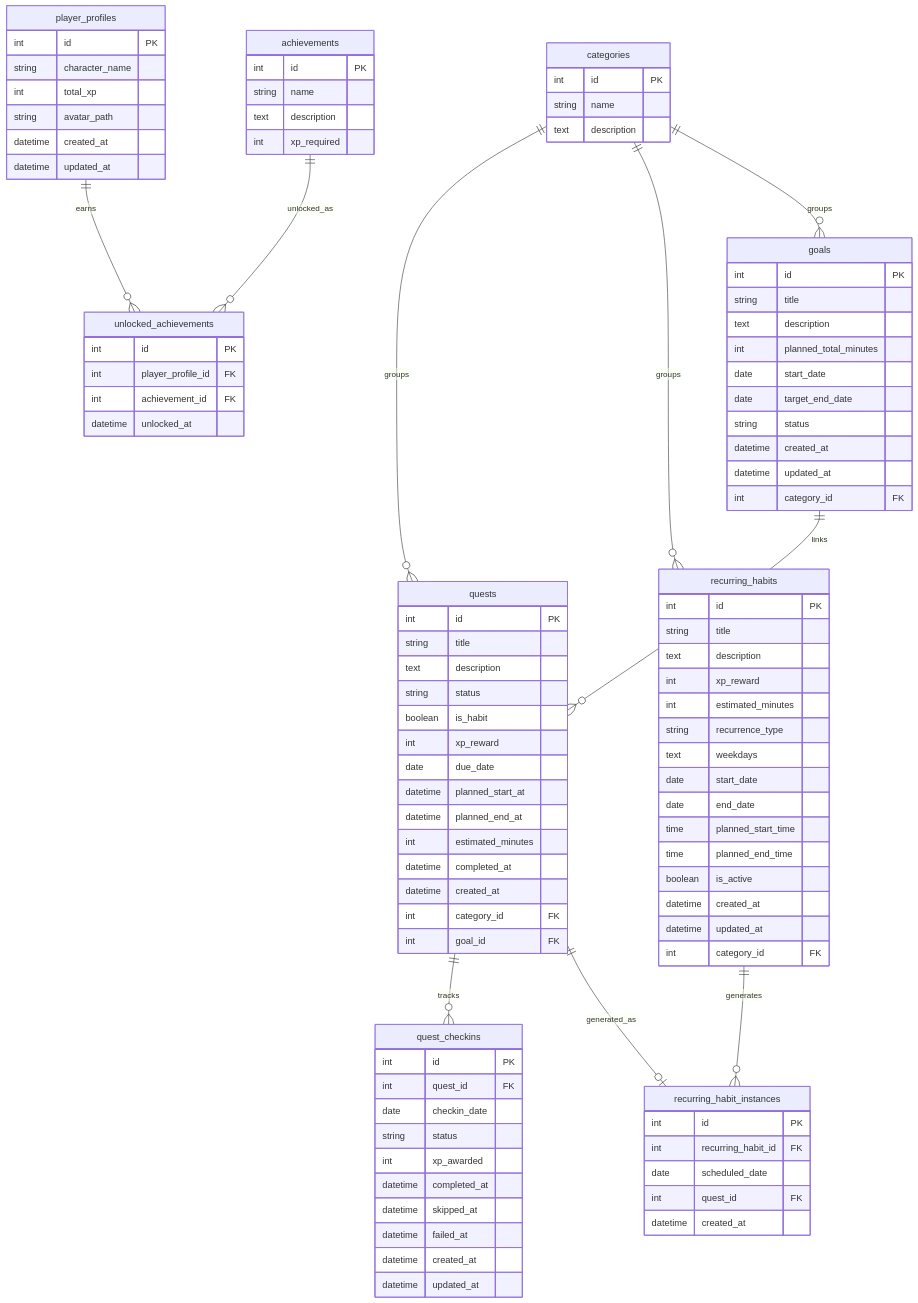
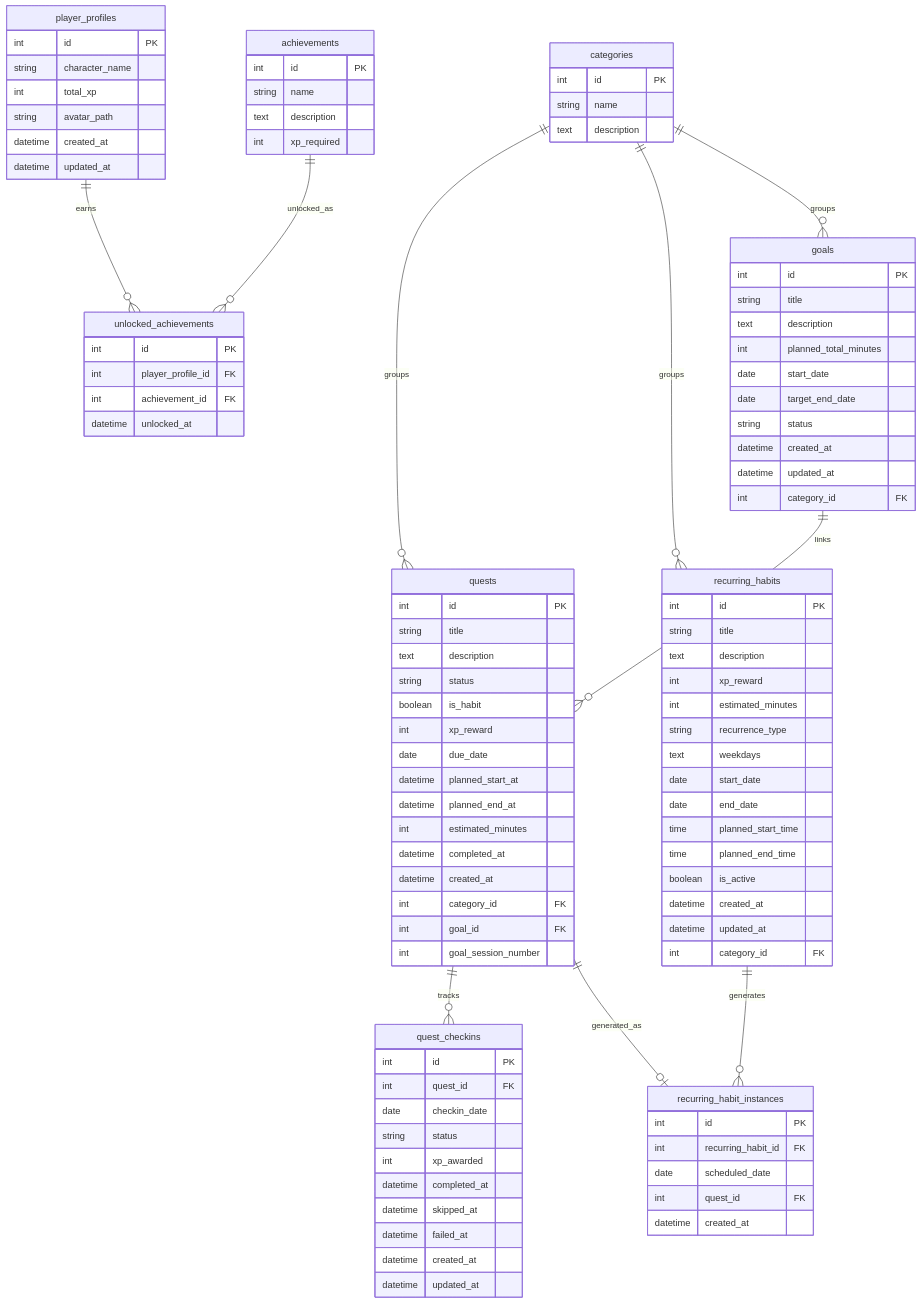
The diagram in docs/data_model.md (BaseMar/habit-quest-analytics), drawn with Mermaid before and after one commit. The commit also changed other lines of this file and 14 other files, not shown here.

```diff
--- a/docs/data_model.md
+++ b/docs/data_model.md
@@ -271,6 +279,7 @@
         datetime created_at
         int category_id FK
         int goal_id FK
+        int goal_session_number
     }
 
     goals {
```
